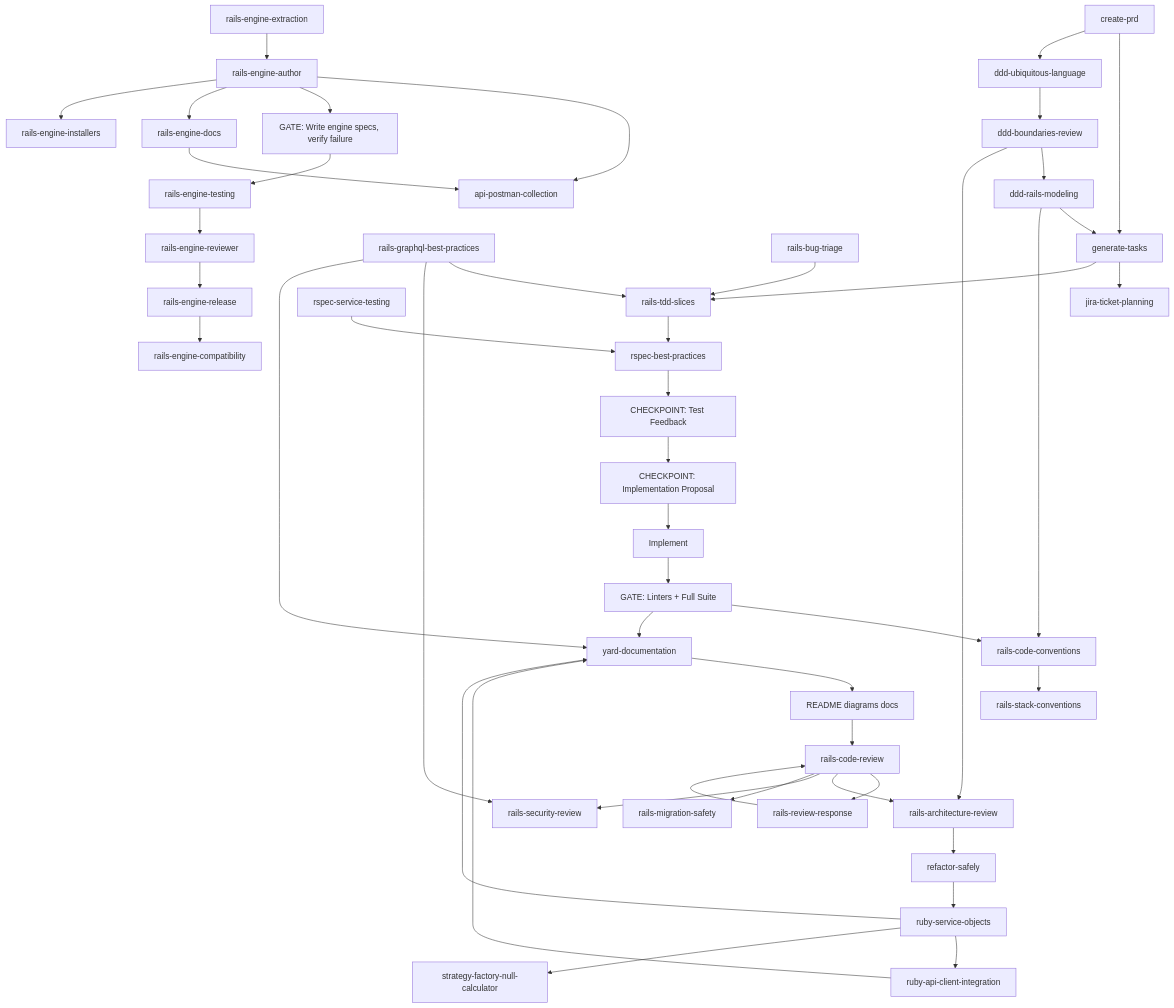
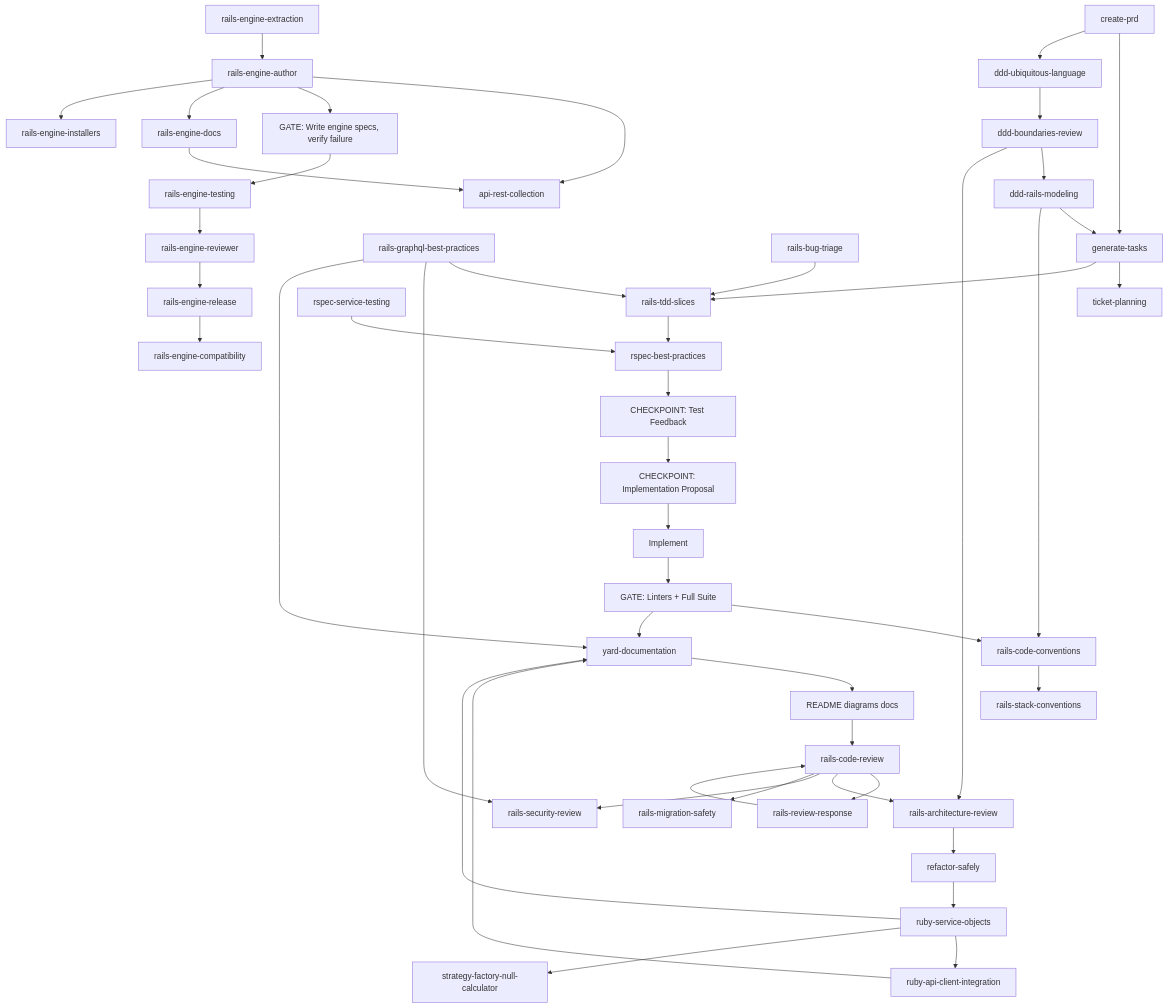
Before and after one commit to igmarin/my-RoR-personal-skills: the diagram in README.md, drawn with Mermaid. The commit also changed other lines of this file and 26 other files, not shown here.

````diff
--- a/README.md
+++ b/README.md
@@ -237,59 +274,59 @@
 ```mermaid
 flowchart TD
     createPRD[create-prd] --> generateTasks[generate-tasks]
     createPRD --> dddLanguage[ddd-ubiquitous-language]
     dddLanguage --> dddBoundaries[ddd-boundaries-review]
     dddBoundaries --> dddModeling[ddd-rails-modeling]
     dddBoundaries --> archReview
     dddModeling --> generateTasks
     dddModeling --> railsConventions
 
-    generateTasks --> jiraPlanning[jira-ticket-planning]
+    generateTasks --> jiraPlanning[ticket-planning]
     generateTasks --> tddSlices[rails-tdd-slices]
 
     tddSlices --> rspecBest[rspec-best-practices]
     rspecBest --> testFeedback["CHECKPOINT: Test Feedback"]
     testFeedback --> implProposal["CHECKPOINT: Implementation Proposal"]
     implProposal --> implement["Implement"]
     implement --> lintersGate["GATE: Linters + Full Suite"]
 
     lintersGate --> railsConventions[rails-code-conventions]
     railsConventions --> stackConventions[rails-stack-conventions]
     lintersGate --> yardDoc[yard-documentation]
     yardDoc --> docUpdates[README diagrams docs]
     docUpdates --> codeReview[rails-code-review]
 
     codeReview --> reviewResponse[rails-review-response]
     reviewResponse --> codeReview
 
     codeReview --> archReview[rails-architecture-review]
     codeReview --> secReview[rails-security-review]
     codeReview --> migrationSafety[rails-migration-safety]
 
     archReview --> refactorSafely[refactor-safely]
     refactorSafely --> serviceObjects[ruby-service-objects]
 
     serviceObjects --> apiClient[ruby-api-client-integration]
     serviceObjects --> strategyFactory[strategy-factory-null-calculator]
     serviceObjects --> yardDoc
     apiClient --> yardDoc
 
     graphql[rails-graphql-best-practices] --> tddSlices
     graphql --> secReview
     graphql --> yardDoc
 
-    engineAuthor --> postman[api-postman-collection]
+    engineAuthor --> postman[api-rest-collection]
     engineDocs[rails-engine-docs] --> postman
 
     bugTriage[rails-bug-triage] --> tddSlices
     rspecService[rspec-service-testing] --> rspecBest
 
     engineAuthor[rails-engine-author] --> engineTestGate["GATE: Write engine specs, verify failure"]
     engineTestGate --> engineTesting[rails-engine-testing]
     engineAuthor --> engineDocs
     engineAuthor --> engineInstallers[rails-engine-installers]
     engineTesting --> engineReviewer[rails-engine-reviewer]
     engineReviewer --> engineRelease[rails-engine-release]
     engineRelease --> engineCompat[rails-engine-compatibility]
     engineExtraction[rails-engine-extraction] --> engineAuthor
 ```
````
